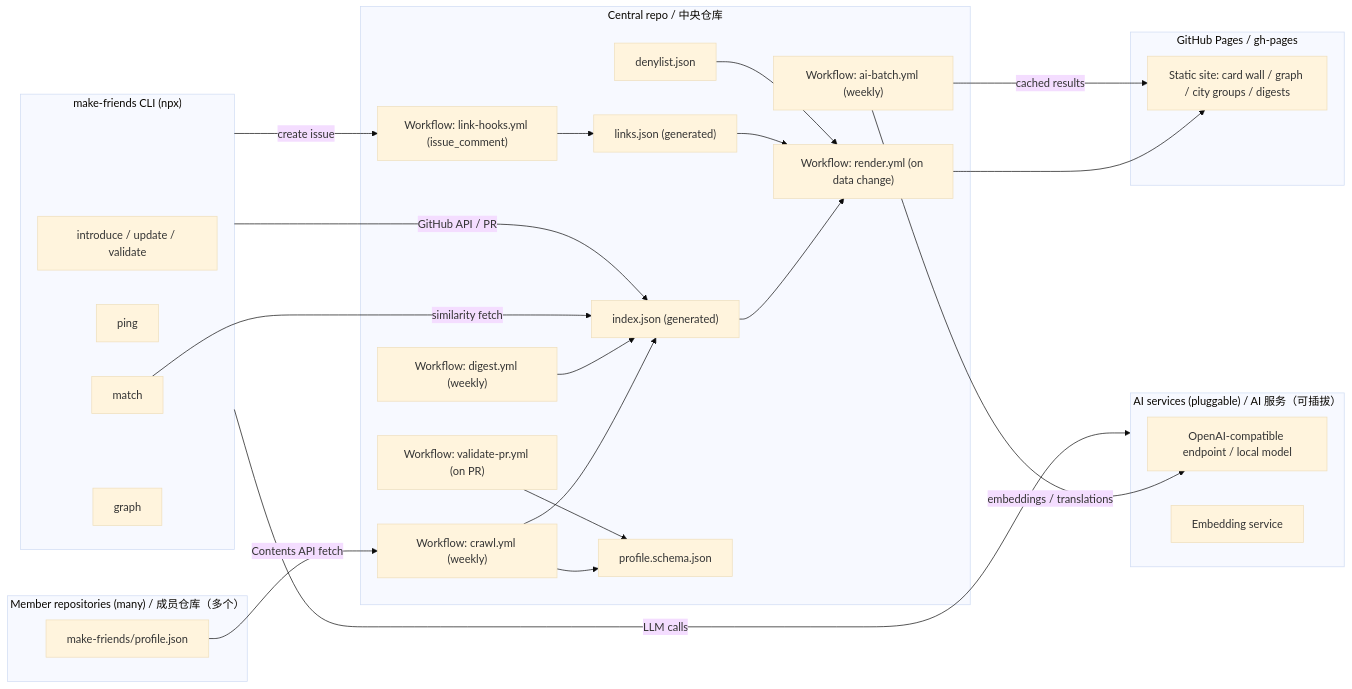
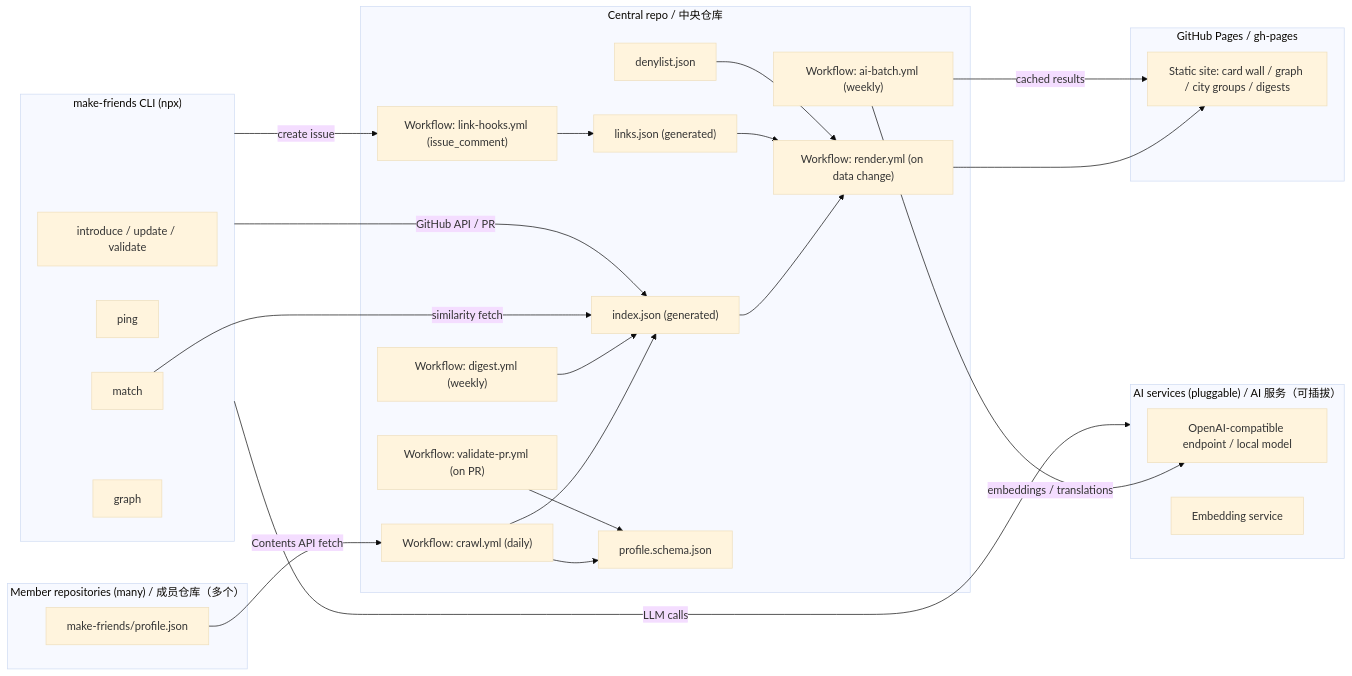
The diagram in docs/Architecture.md (make-friends-globally/make-friends), drawn with Mermaid (base theme) before and after one commit. The commit also changed other lines of this file and 8 other files, not shown here.

First line of the commit message:
lower the joining barrier: template repo + daily crawl

````diff
--- a/docs/Architecture.md
+++ b/docs/Architecture.md
@@ -28,52 +28,52 @@
 ```mermaid
 flowchart LR
     subgraph Member["Member repositories (many) / 成员仓库（多个）"]
         P["make-friends/profile.json"]
     end
 
     subgraph Central["Central repo / 中央仓库"]
         IDX["index.json (generated)"]
         LINKS["links.json (generated)"]
         DENY["denylist.json"]
         SCH["profile.schema.json"]
-        WF1["Workflow: crawl.yml (weekly)"]
+        WF1["Workflow: crawl.yml (daily)"]
         WF2["Workflow: validate-pr.yml (on PR)"]
         WF3["Workflow: link-hooks.yml (issue_comment)"]
         WF4["Workflow: render.yml (on data change)"]
         WF5["Workflow: digest.yml (weekly)"]
         WF6["Workflow: ai-batch.yml (weekly)"]
     end
 
     subgraph Pages["GitHub Pages / gh-pages"]
         SITE["Static site: card wall / graph / city groups / digests"]
     end
 
     subgraph CLI["make-friends CLI (npx)"]
         C1["introduce / update / validate"]
         C2["ping <username>"]
         C3["match"]
         C4["graph"]
     end
 
     subgraph AI["AI services (pluggable) / AI 服务（可插拔）"]
         LLM["OpenAI-compatible endpoint / local model"]
         EMB["Embedding service"]
     end
 
     P -->|"Contents API fetch"| WF1
     WF1 --> IDX
     WF1 --> SCH
     WF2 --> SCH
     WF3 --> LINKS
     IDX --> WF4
     LINKS --> WF4
     DENY --> WF4
     WF4 --> SITE
     WF5 --> IDX
     WF6 -->|"embeddings / translations"| LLM
     WF6 -->|"cached results"| SITE
     CLI -->|"GitHub API / PR"| IDX
     CLI -->|"create issue"| WF3
     CLI -->|"LLM calls"| AI
     C3 -->|"similarity fetch"| IDX
 ```
````
